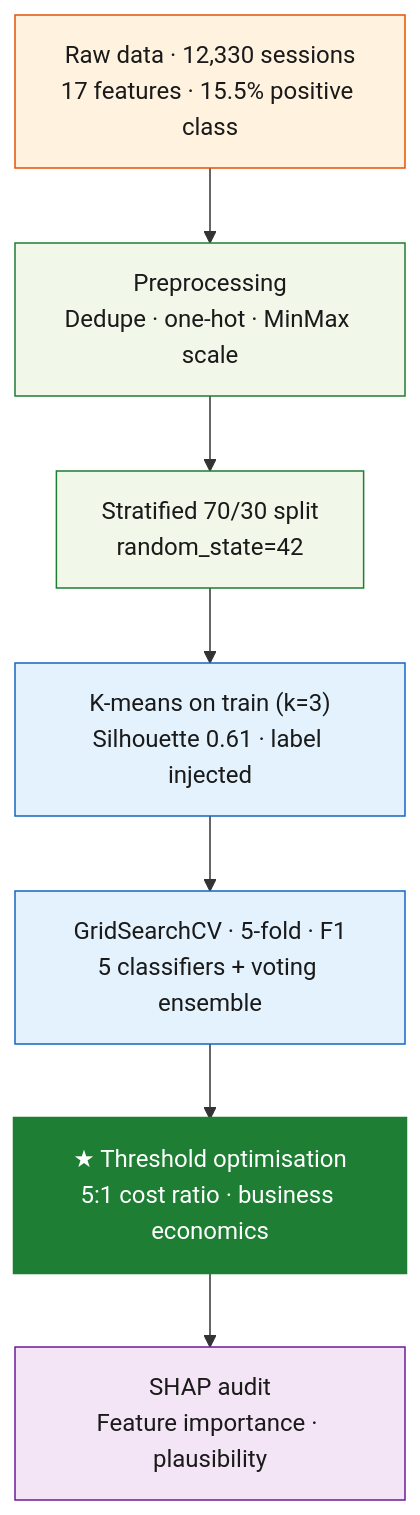
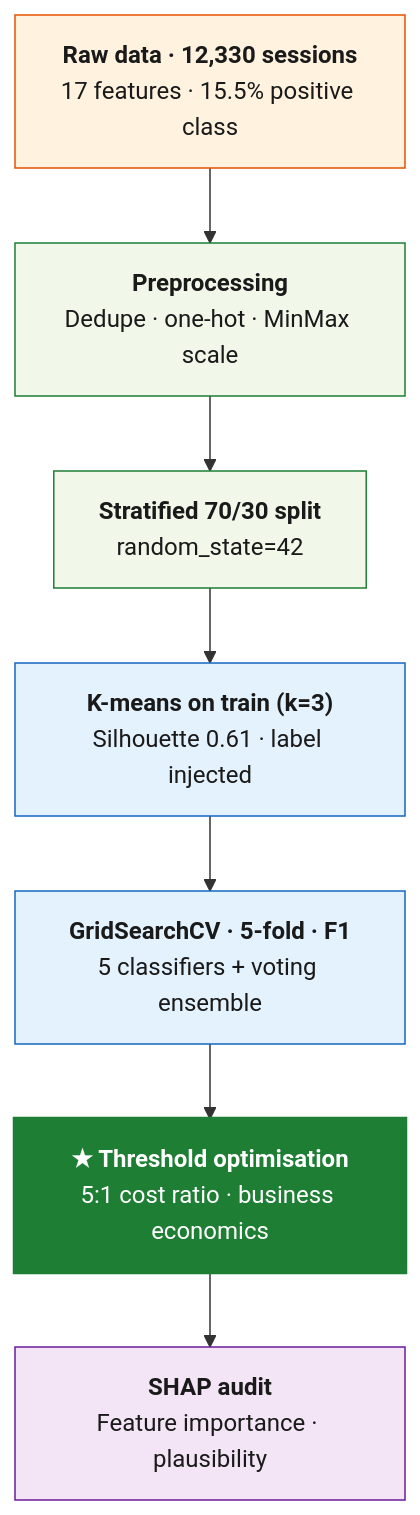
One commit to alekslupa/alekslupa.github.io changed the diagram in academic-projects/ml-python.qmd. Above: the diagram before and after it, drawn with Mermaid. The commit also changed 1 other file, not shown here.

Commit message:
Bold first line in each pipeline node to match screenshot

````diff
--- a/academic-projects/ml-python.qmd
+++ b/academic-projects/ml-python.qmd
@@ -424,20 +424,20 @@
 ```{mermaid}
 %%| label: fig-pipeline
 %%| fig-cap: "End-to-end analytical pipeline."
 %%{init: {'securityLevel': 'loose'}}%%
 flowchart TB
-    A["Raw data · 12,330 sessions<br/>17 features · 15.5% positive class"] --> B["Preprocessing<br/>Dedupe · one-hot · MinMax scale"]
-    B --> C["Stratified 70/30 split<br/>random_state=42"]
-    C --> D["K-means on train (k=3)<br/>Silhouette 0.61 · label injected"]
-    D --> E["GridSearchCV · 5-fold · F1<br/>5 classifiers + voting ensemble"]
-    E --> H["★ Threshold optimisation<br/>5:1 cost ratio · business economics"]
-    H --> I["SHAP audit<br/>Feature importance · plausibility"]
+    A["<b>Raw data · 12,330 sessions</b><br/>17 features · 15.5% positive class"] --> B["<b>Preprocessing</b><br/>Dedupe · one-hot · MinMax scale"]
+    B --> C["<b>Stratified 70/30 split</b><br/>random_state=42"]
+    C --> D["<b>K-means on train (k=3)</b><br/>Silhouette 0.61 · label injected"]
+    D --> E["<b>GridSearchCV · 5-fold · F1</b><br/>5 classifiers + voting ensemble"]
+    E --> H["<b>★ Threshold optimisation</b><br/>5:1 cost ratio · business economics"]
+    H --> I["<b>SHAP audit</b><br/>Feature importance · plausibility"]
 
     style A fill:#fff3e0,stroke:#e65100,color:#1a1a1a
     style B fill:#f1f8e9,stroke:#1e7e34,color:#1a1a1a
     style C fill:#f1f8e9,stroke:#1e7e34,color:#1a1a1a
     style D fill:#e3f2fd,stroke:#1565c0,color:#1a1a1a
     style E fill:#e3f2fd,stroke:#1565c0,color:#1a1a1a
     style H fill:#1e7e34,stroke:#1e7e34,color:#fff,stroke-width:3px
     style I fill:#f3e5f5,stroke:#6a1b9a,color:#1a1a1a
 ```
````
